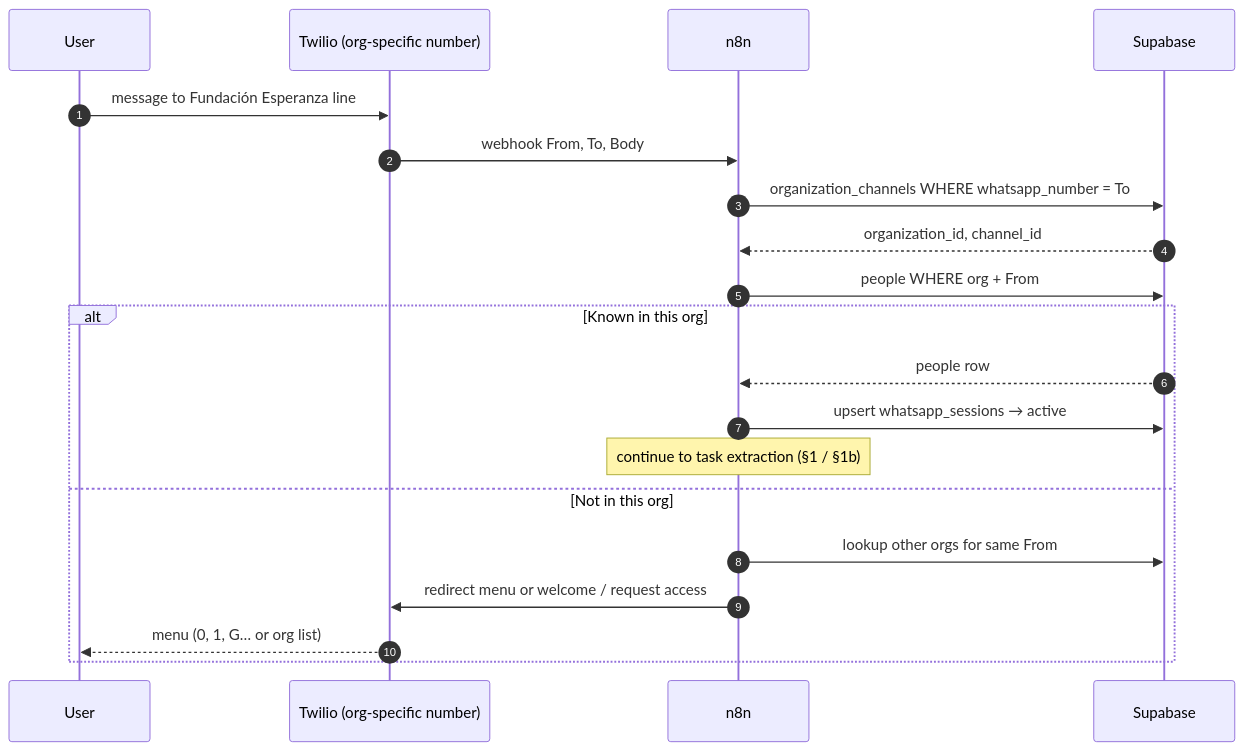
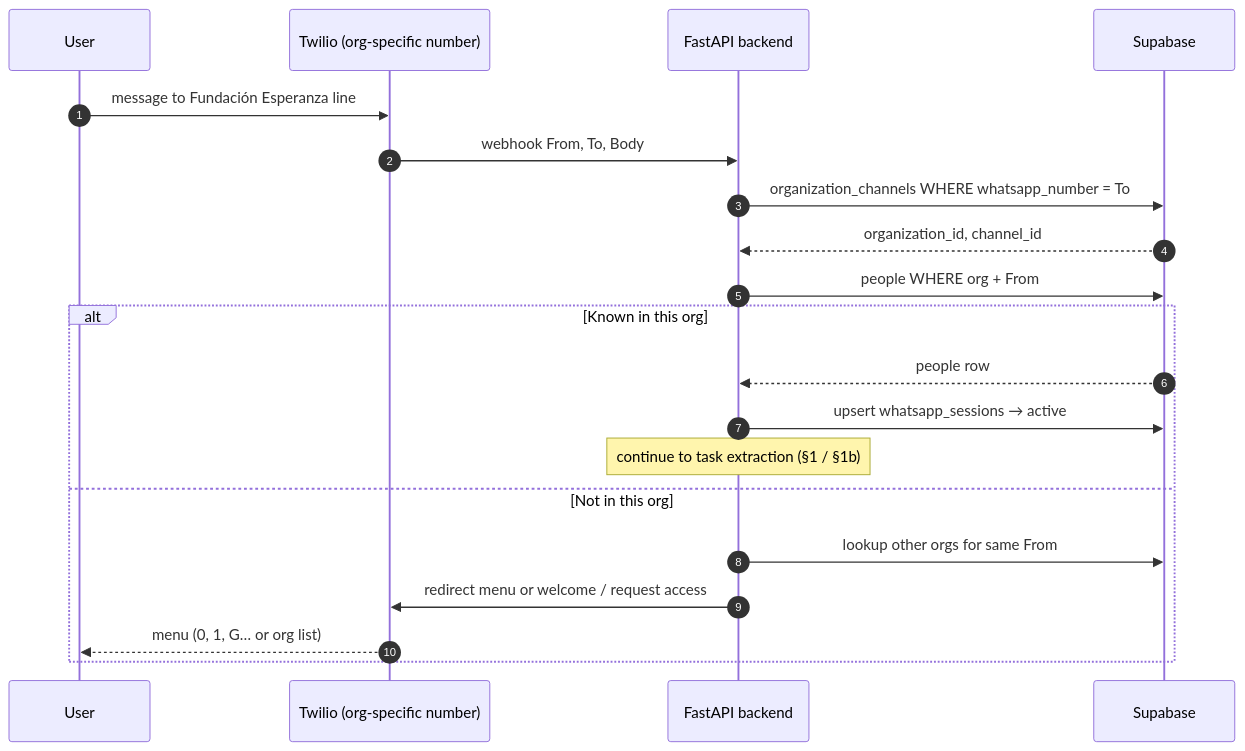
The second of 6 diagrams in docs/diagrams/flows.md (MateoBarbato/auto-mode-on), drawn with Mermaid before and after one commit. The commit also changed other lines of this file and 7 other files, not shown here.

First line of the commit message:
docs: pivot architecture to programmatic FastAPI pipeline (n8n scheduler-only)

````diff
--- a/docs/diagrams/flows.md
+++ b/docs/diagrams/flows.md
@@ -37,23 +37,23 @@
 ```mermaid
 sequenceDiagram
   autonumber
   participant User
   participant WhatsApp as Twilio (org-specific number)
-  participant n8n
+  participant API as FastAPI backend
   participant DB as Supabase
 
   User->>WhatsApp: message to Fundación Esperanza line
-  WhatsApp->>n8n: webhook From, To, Body
-  n8n->>DB: organization_channels WHERE whatsapp_number = To
-  DB-->>n8n: organization_id, channel_id
-  n8n->>DB: people WHERE org + From
+  WhatsApp->>API: webhook From, To, Body
+  API->>DB: organization_channels WHERE whatsapp_number = To
+  DB-->>API: organization_id, channel_id
+  API->>DB: people WHERE org + From
   alt Known in this org
-    DB-->>n8n: people row
-    n8n->>DB: upsert whatsapp_sessions → active
-    Note over n8n: continue to task extraction (§1 / §1b)
+    DB-->>API: people row
+    API->>DB: upsert whatsapp_sessions → active
+    Note over API: continue to task extraction (§1 / §1b)
   else Not in this org
-    n8n->>DB: lookup other orgs for same From
-    n8n->>WhatsApp: redirect menu or welcome / request access
+    API->>DB: lookup other orgs for same From
+    API->>WhatsApp: redirect menu or welcome / request access
     WhatsApp-->>User: menu (0, 1, G… or org list)
   end
 ```
````
